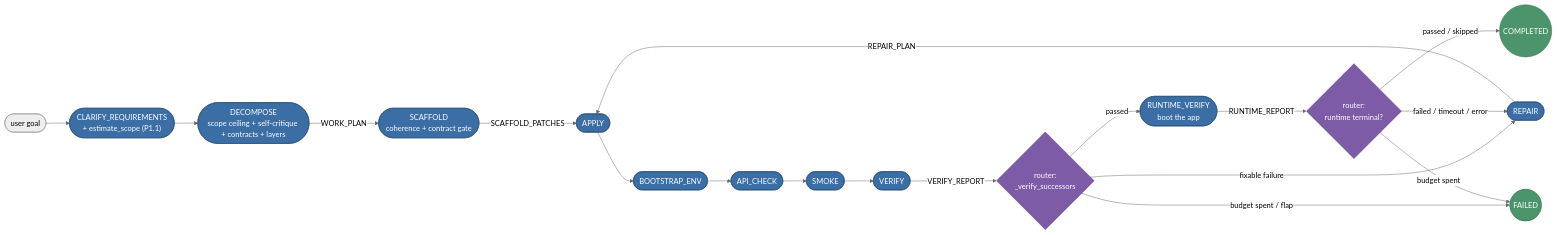
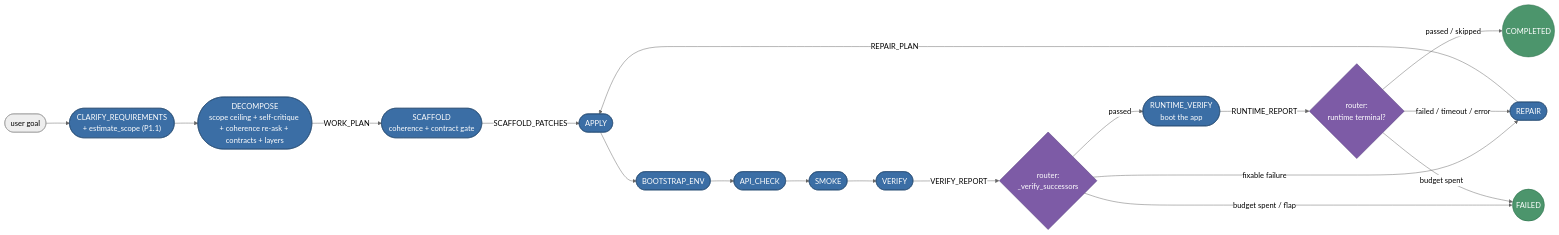
Before and after one commit to raminmohammadi/CGX: the second of 3 diagrams in docs/Agent.md, drawn with Mermaid (neutral theme). The commit also changed other lines of this file and 3 other files, not shown here.

````diff
--- a/docs/Agent.md
+++ b/docs/Agent.md
@@ -678,24 +683,24 @@
 ```mermaid
 flowchart LR
     U([user goal]) --> CQ(["CLARIFY_REQUIREMENTS<br/>+ estimate_scope (P1.1)"])
-    CQ --> DEC(["DECOMPOSE<br/>scope ceiling + self-critique + contracts + layers"])
+    CQ --> DEC(["DECOMPOSE<br/>scope ceiling + self-critique + coherence re-ask + contracts + layers"])
     DEC -->|WORK_PLAN| SCA(["SCAFFOLD<br/>coherence + contract gate"])
     SCA -->|SCAFFOLD_PATCHES| APP(["APPLY"])
     APP --> BS(["BOOTSTRAP_ENV"]) --> AC(["API_CHECK"]) --> SM(["SMOKE"]) --> VER(["VERIFY"])
     VER -->|VERIFY_REPORT| J{"router:<br/>_verify_successors"}
     J -->|passed| RUN(["RUNTIME_VERIFY<br/>boot the app"])
     J -->|fixable failure| REP(["REPAIR"])
     RUN -->|RUNTIME_REPORT| J2{"router:<br/>runtime terminal?"}
     J2 -->|passed / skipped| OK((COMPLETED))
     J2 -->|failed / timeout / error| REP
     REP -->|REPAIR_PLAN| APP
     J -->|budget spent / flap| NO((FAILED))
     J2 -->|budget spent| NO
 
     classDef road fill:#3b6ea5,stroke:#274c73,color:#fff;
     classDef gate fill:#7d5ba6,stroke:#4c3575,color:#fff;
     classDef term fill:#4c956c,stroke:#2c6e49,color:#fff;
     class CQ,DEC,SCA,APP,BS,AC,SM,VER,RUN,REP road;
     class J,J2 gate;
     class OK,NO term;
 ```
````
